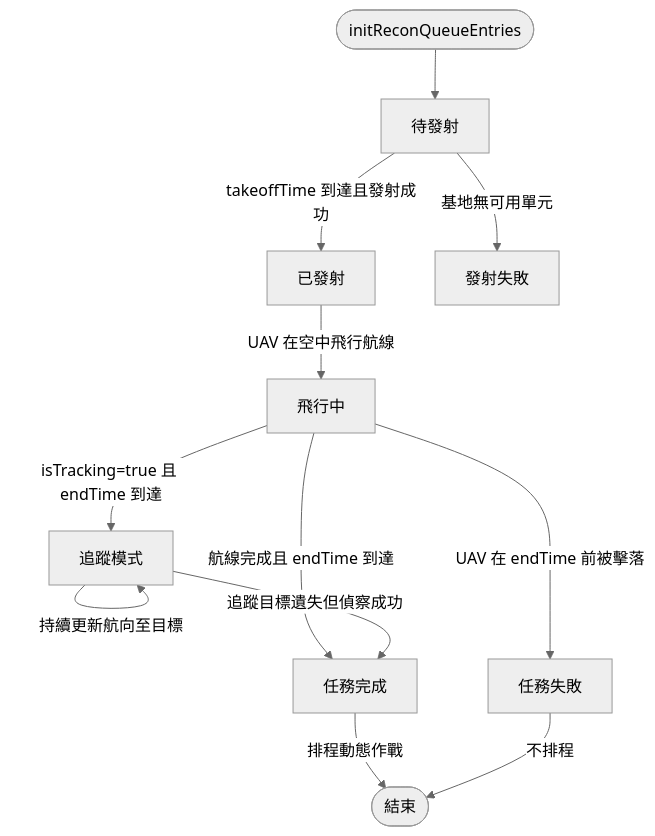
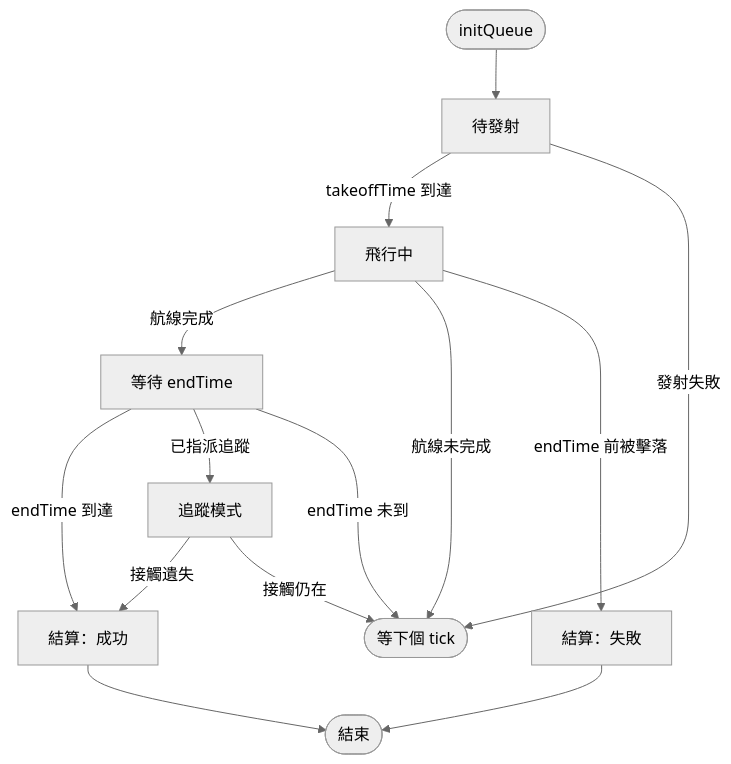
Before and after one commit to pullupjumper/formosa-in-flames: the first of 3 diagrams in docs/strikePlanner/recon.md, drawn with Mermaid (neutral theme). The commit also changed other lines of this file and 7 other files, not shown here.

First line of the commit message:
refactor(recon): model queue entries as template, plan and entry

````diff
--- a/docs/strikePlanner/recon.md
+++ b/docs/strikePlanner/recon.md
@@ -24,24 +26,26 @@
 ```mermaid
 flowchart TD
-    START(["initReconQueueEntries"])
+    START(["initQueue"])
     PENDING["待發射"]
-    LAUNCHED["已發射"]
-    LAUNCH_FAIL["發射失敗"]
     FLYING["飛行中"]
-    TRACKING["追蹤模式"]
-    DONE_OK["任務完成"]
-    DONE_FAIL["任務失敗"]
+    WAITING["等待 endTime"]
+    TRACK["追蹤模式"]
+    OK["結算：成功"]
+    FAIL["結算：失敗"]
+    NEXT(["等下個 tick"])
     FINISH(["結束"])
 
     START --> PENDING
-    PENDING -->|"takeoffTime 到達且發射成功"| LAUNCHED
-    PENDING -->|"基地無可用單元"| LAUNCH_FAIL
-    LAUNCHED -->|"UAV 在空中飛行航線"| FLYING
-    FLYING -->|"isTracking=true 且 endTime 到達"| TRACKING
-    FLYING -->|"航線完成且 endTime 到達"| DONE_OK
-    FLYING -->|"UAV 在 endTime 前被擊落"| DONE_FAIL
-    TRACKING -->|"持續更新航向至目標"| TRACKING
-    TRACKING -->|"追蹤目標遺失但偵察成功"| DONE_OK
-    DONE_OK -->|"排程動態作戰"| FINISH
-    DONE_FAIL -->|"不排程"| FINISH
+    PENDING -->|takeoffTime 到達| FLYING
+    PENDING -->|發射失敗| NEXT
+    FLYING -->|航線完成| WAITING
+    FLYING -->|航線未完成| NEXT
+    FLYING -->|endTime 前被擊落| FAIL
+    WAITING -->|endTime 到達| OK
+    WAITING -->|已指派追蹤| TRACK
+    WAITING -->|endTime 未到| NEXT
+    TRACK -->|接觸遺失| OK
+    TRACK -->|接觸仍在| NEXT
+    OK --> FINISH
+    FAIL --> FINISH
 ```
````
